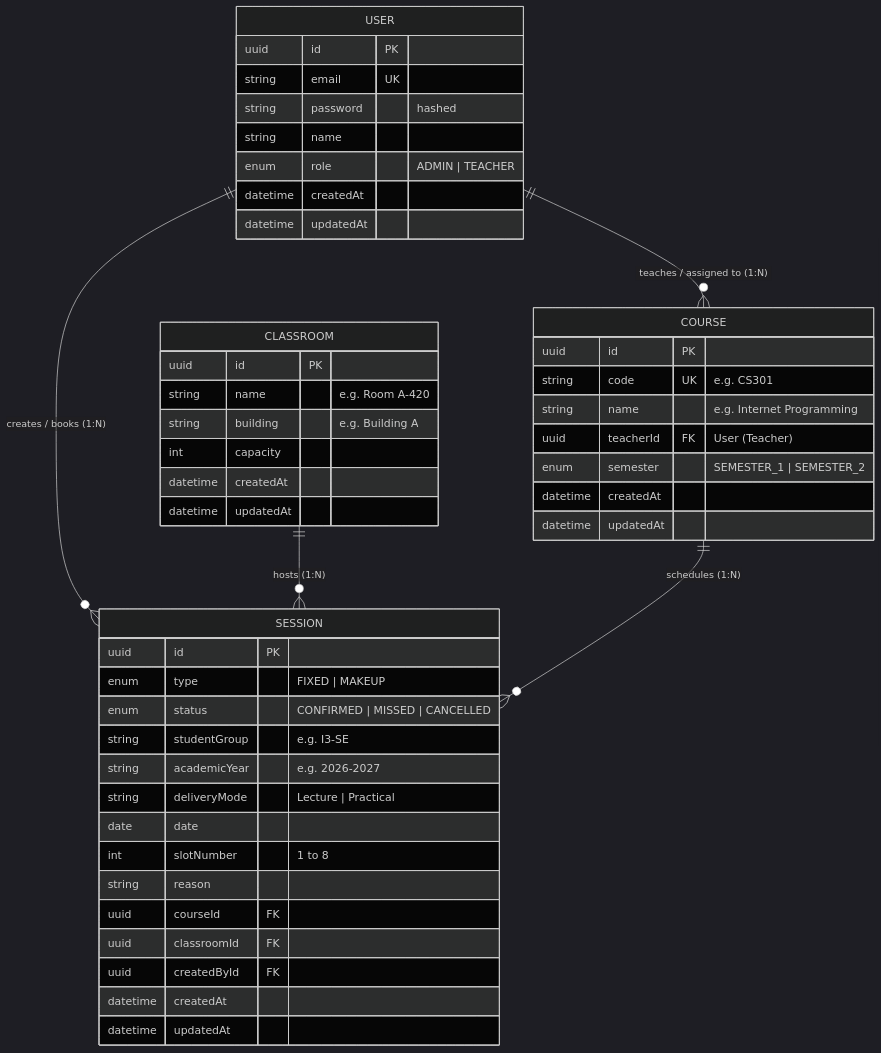
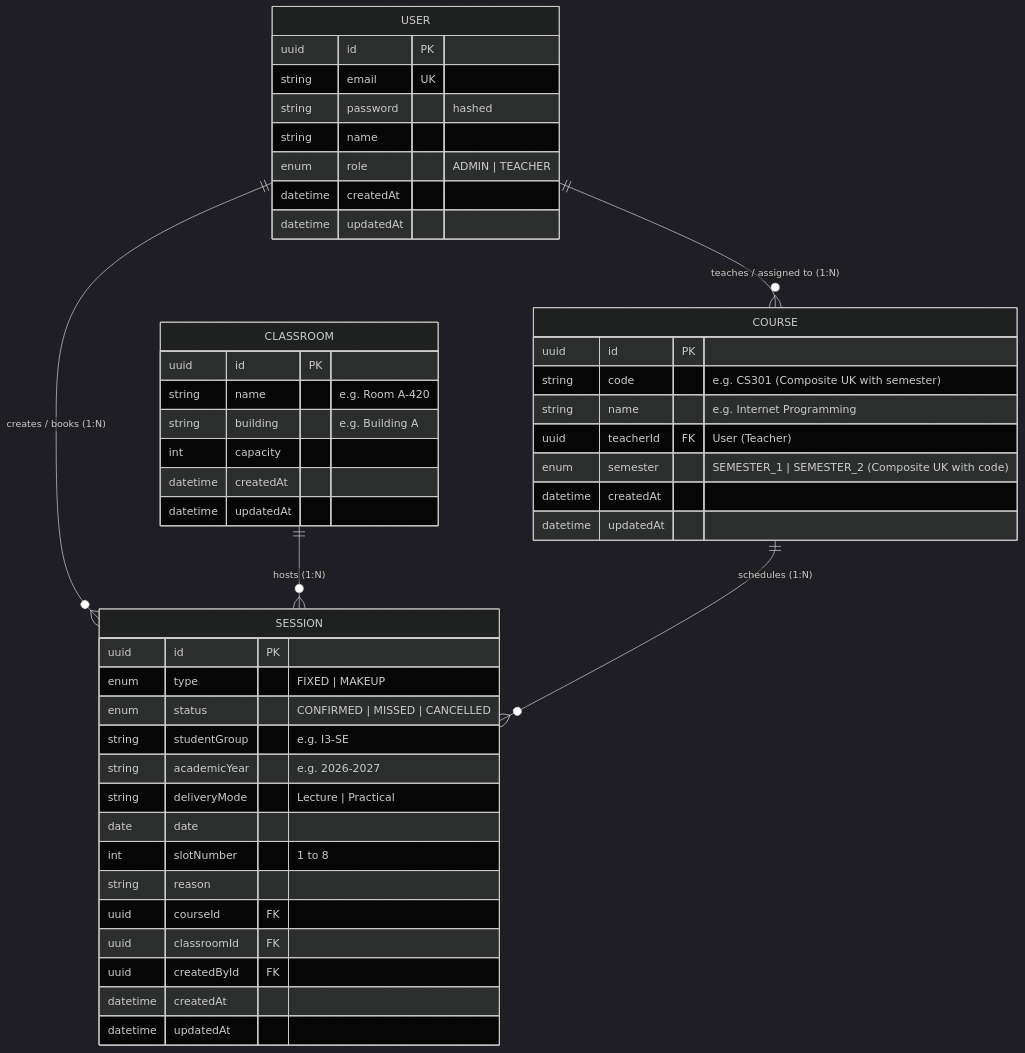
One commit to flourbloom/classroom-scheduler changed the first of 3 diagrams in PROPOSAL.md. Above: the diagram before and after it, drawn with Mermaid (dark theme). The commit also changed other lines of this file and 1 other file, not shown here.

````diff
--- a/PROPOSAL.md
+++ b/PROPOSAL.md
@@ -119,53 +136,53 @@
 ```mermaid
 erDiagram
     USER ||--o{ COURSE : "teaches / assigned to (1:N)"
     USER ||--o{ SESSION : "creates / books (1:N)"
     CLASSROOM ||--o{ SESSION : "hosts (1:N)"
     COURSE ||--o{ SESSION : "schedules (1:N)"
 
     USER {
         uuid id PK
         string email UK
         string password "hashed"
         string name
         enum role "ADMIN | TEACHER"
         datetime createdAt
         datetime updatedAt
     }
 
     CLASSROOM {
         uuid id PK
         string name "e.g. Room A-420"
         string building "e.g. Building A"
         int capacity
         datetime createdAt
         datetime updatedAt
     }
 
     COURSE {
         uuid id PK
-        string code UK "e.g. CS301"
+        string code "e.g. CS301 (Composite UK with semester)"
         string name "e.g. Internet Programming"
         uuid teacherId FK "User (Teacher)"
-        enum semester "SEMESTER_1 | SEMESTER_2"
+        enum semester "SEMESTER_1 | SEMESTER_2 (Composite UK with code)"
         datetime createdAt
         datetime updatedAt
     }
 
     SESSION {
         uuid id PK
         enum type "FIXED | MAKEUP"
         enum status "CONFIRMED | MISSED | CANCELLED"
         string studentGroup "e.g. I3-SE"
         string academicYear "e.g. 2026-2027"
         string deliveryMode "Lecture | Practical"
         date date
         int slotNumber "1 to 8"
         string reason
         uuid courseId FK
         uuid classroomId FK
         uuid createdById FK
         datetime createdAt
         datetime updatedAt
     }
 ```
````
